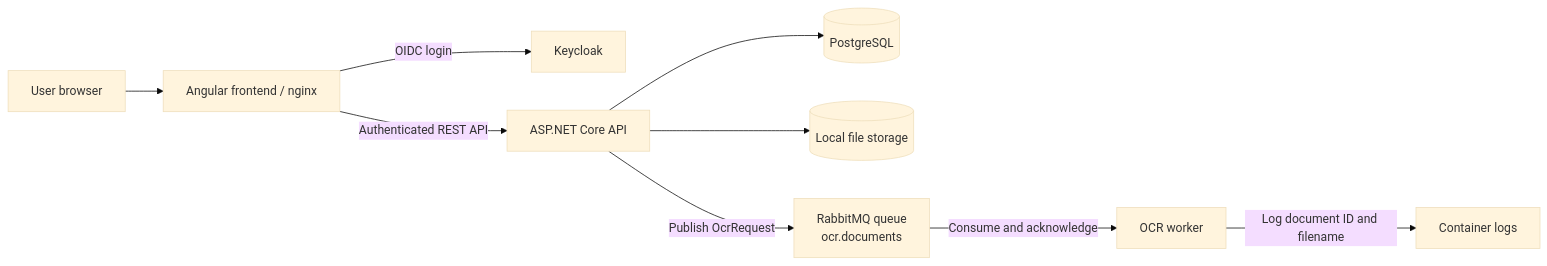
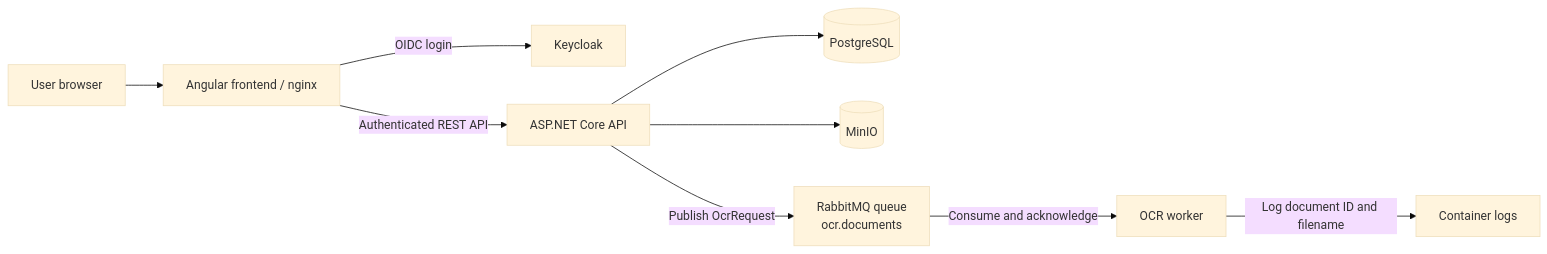
The second of 2 diagrams in README.md (gitmanPrime/swen3groupA), drawn with Mermaid (base theme) before and after one commit. The commit also changed other lines of this file and 16 other files, not shown here.

Commit message:
feat(storage): store uploaded documents in MinIO

````diff
--- a/README.md
+++ b/README.md
@@ -130,13 +134,13 @@
 ```mermaid
 flowchart LR
     User[User browser] --> Frontend[Angular frontend / nginx]
     Frontend -->|OIDC login| Keycloak[Keycloak]
     Frontend -->|Authenticated REST API| API[ASP.NET Core API]
 
     API --> Postgres[(PostgreSQL)]
-    API --> Files[(Local file storage)]
+    API --> Files[(MinIO)]
     API -->|Publish OcrRequest| Queue[RabbitMQ queue<br/>ocr.documents]
     Queue -->|Consume and acknowledge| Worker[OCR worker]
 
     Worker -->|Log document ID and filename| Logs[Container logs]
 ```
````
